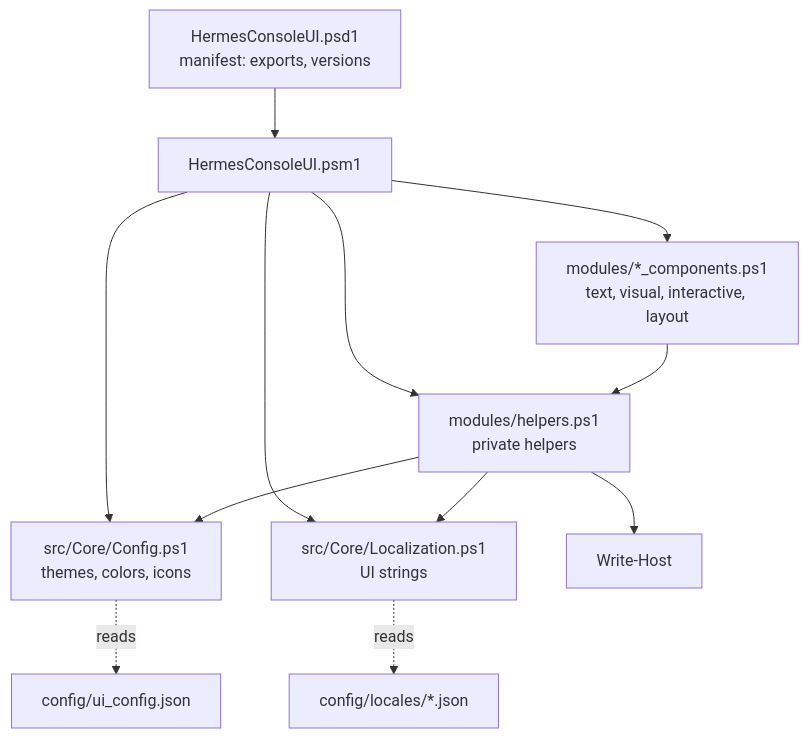
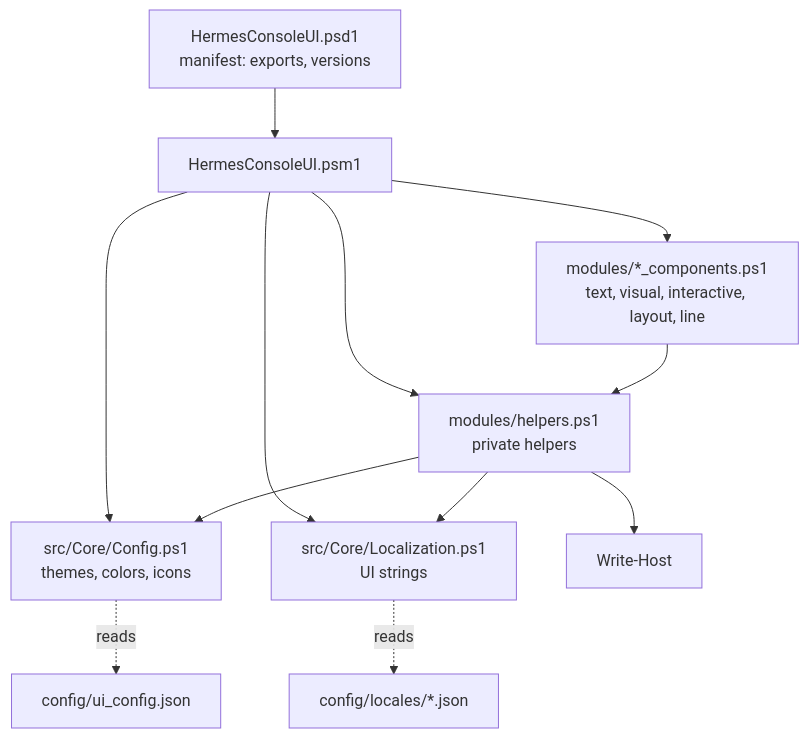
Before and after one commit to damdavidprieto/HermesConsoleUI: the diagram in docs/Architecture.md, drawn with Mermaid. The commit also changed other lines of this file and 10 other files, not shown here.

````diff
--- a/docs/Architecture.md
+++ b/docs/Architecture.md
@@ -7,14 +7,14 @@
 ```mermaid
 flowchart TD
     psd1[HermesConsoleUI.psd1<br/>manifest: exports, versions] --> psm1[HermesConsoleUI.psm1]
     psm1 --> config[src/Core/Config.ps1<br/>themes, colors, icons]
     psm1 --> locale[src/Core/Localization.ps1<br/>UI strings]
     psm1 --> helpers[modules/helpers.ps1<br/>private helpers]
-    psm1 --> components[modules/*_components.ps1<br/>text, visual, interactive, layout]
+    psm1 --> components[modules/*_components.ps1<br/>text, visual, interactive, layout, line]
     config -. reads .-> json[config/ui_config.json]
     locale -. reads .-> locales[config/locales/*.json]
     components --> helpers
     helpers --> config
     helpers --> locale
     helpers --> host[Write-Host]
 ```
````
